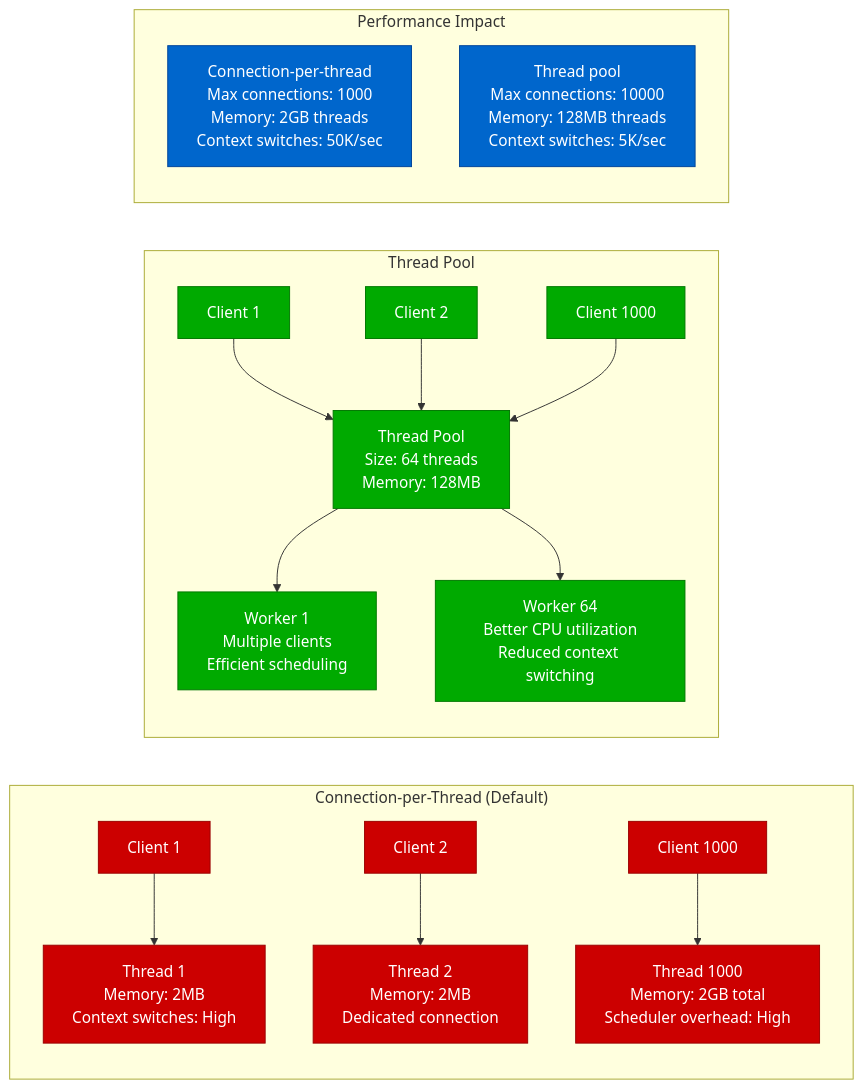
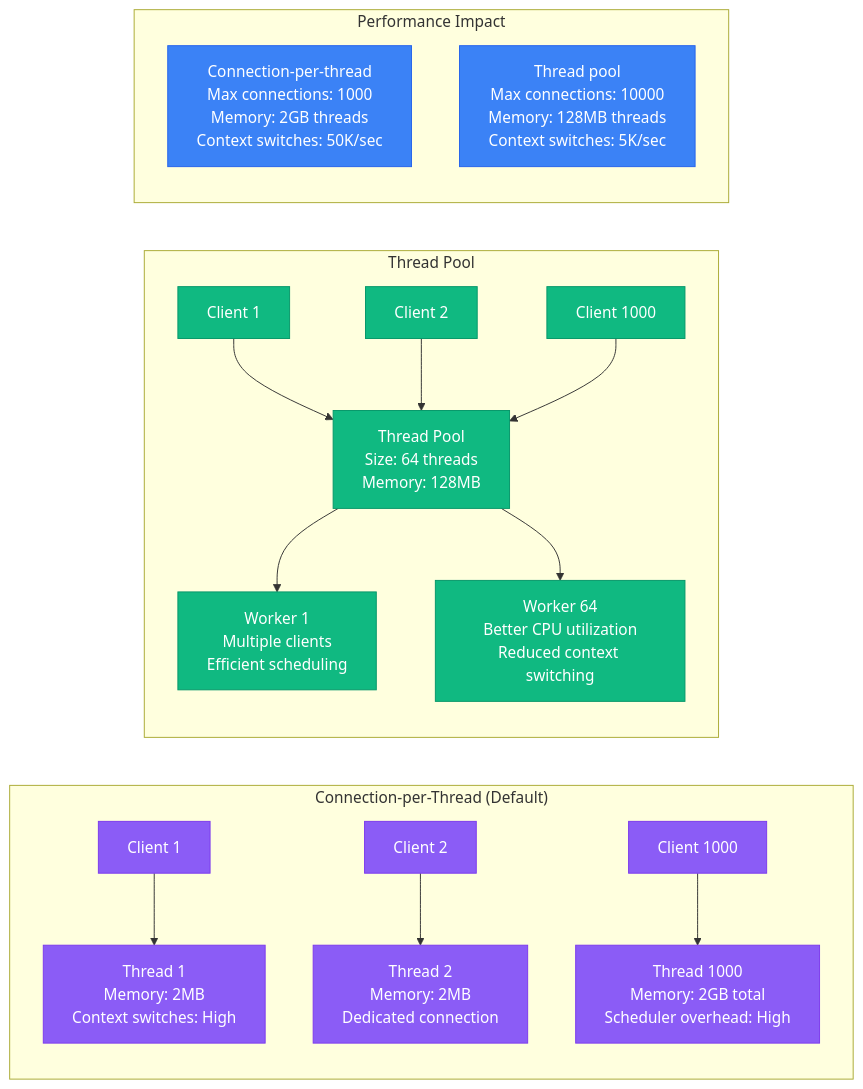
Before and after one commit to deepaucksharma/DS: the seventh of 11 diagrams in site/docs/performance/mysql-performance-profile.md, drawn with Mermaid. The commit also changed other lines of this file and 303 other files, not shown here.

````diff
--- a/site/docs/performance/mysql-performance-profile.md
+++ b/site/docs/performance/mysql-performance-profile.md
@@ -291,31 +291,31 @@
 ```mermaid
 graph LR
     subgraph "Connection-per-Thread (Default)"
         CT1[Client 1] --> T1[Thread 1<br/>Memory: 2MB<br/>Context switches: High]
         CT2[Client 2] --> T2[Thread 2<br/>Memory: 2MB<br/>Dedicated connection]
         CT3[Client 1000] --> T1000[Thread 1000<br/>Memory: 2GB total<br/>Scheduler overhead: High]
     end
 
     subgraph "Thread Pool"
         TP1[Client 1] --> P1[Thread Pool<br/>Size: 64 threads<br/>Memory: 128MB]
         TP2[Client 2] --> P1
         TP3[Client 1000] --> P1
 
         P1 --> W1[Worker 1<br/>Multiple clients<br/>Efficient scheduling]
         P1 --> W2[Worker 64<br/>Better CPU utilization<br/>Reduced context switching]
     end
 
     subgraph "Performance Impact"
         PI1[Connection-per-thread<br/>Max connections: 1000<br/>Memory: 2GB threads<br/>Context switches: 50K/sec]
 
         PI2[Thread pool<br/>Max connections: 10000<br/>Memory: 128MB threads<br/>Context switches: 5K/sec]
     end
 
-    classDef traditionalStyle fill:#CC0000,stroke:#990000,color:#fff
-    classDef poolStyle fill:#00AA00,stroke:#007700,color:#fff
-    classDef metricStyle fill:#0066CC,stroke:#004499,color:#fff
+    classDef traditionalStyle fill:#8B5CF6,stroke:#7C3AED,color:#fff
+    classDef poolStyle fill:#10B981,stroke:#059669,color:#fff
+    classDef metricStyle fill:#3B82F6,stroke:#2563EB,color:#fff
 
     class CT1,CT2,CT3,T1,T2,T1000 traditionalStyle
     class TP1,TP2,TP3,P1,W1,W2 poolStyle
     class PI1,PI2 metricStyle
 ```
````
